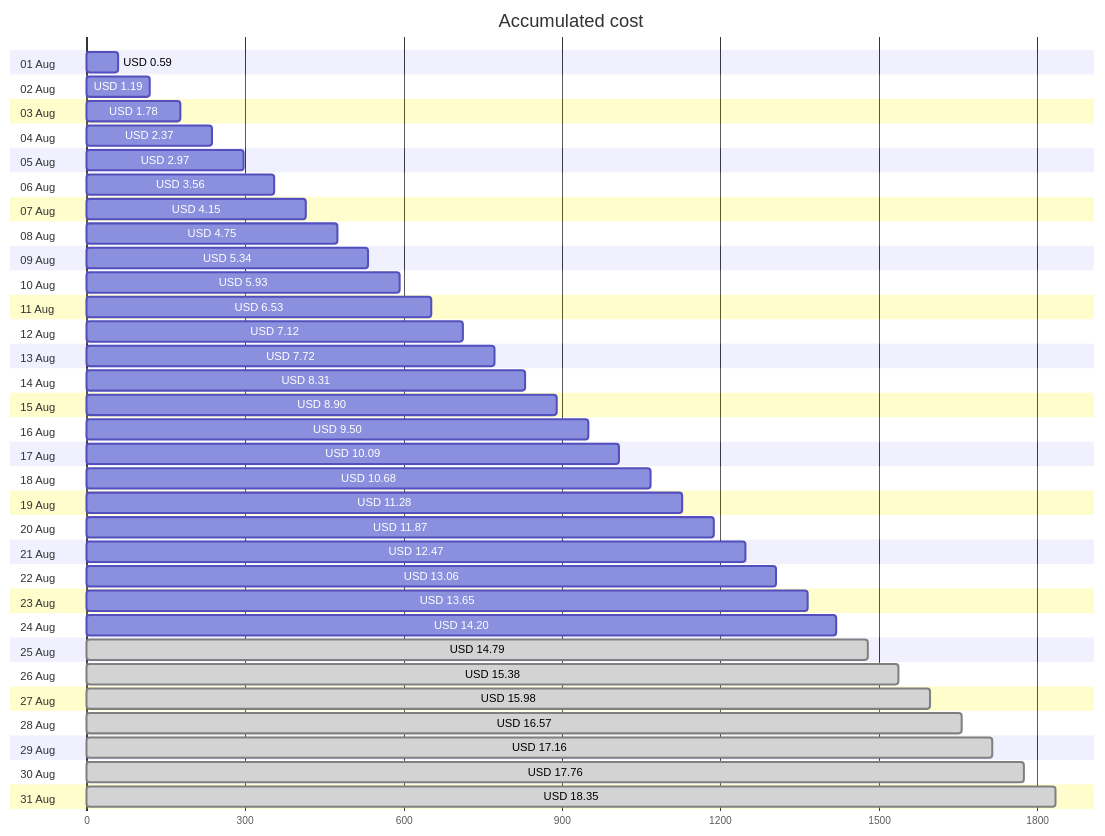
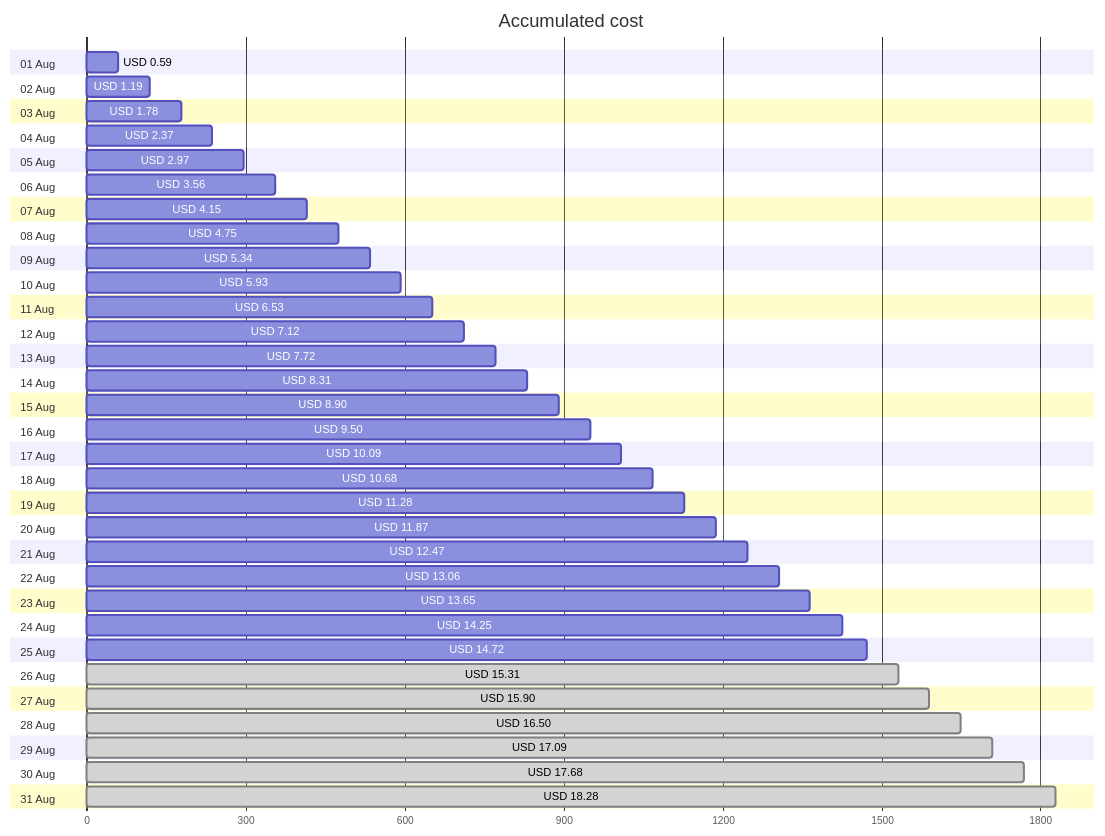
Before and after one commit to jpfulton/azure-personal-reports: the first of 4 diagrams in cost-reports/personal-site/README.md, drawn with Mermaid. The commit also changed other lines of this file and 6 other files, not shown here.

````diff
--- a/cost-reports/personal-site/README.md
+++ b/cost-reports/personal-site/README.md
@@ -20,68 +20,68 @@
 ```mermaid
 gantt
    title Accumulated cost
    dateFormat  X
    axisFormat %s
    section 01 Aug
    USD 0.59 :0, 59
    section 02 Aug
    USD 1.19 :0, 119
    section 03 Aug
    USD 1.78 :0, 178
    section 04 Aug
    USD 2.37 :0, 237
    section 05 Aug
    USD 2.97 :0, 297
    section 06 Aug
    USD 3.56 :0, 356
    section 07 Aug
    USD 4.15 :0, 415
    section 08 Aug
    USD 4.75 :0, 475
    section 09 Aug
    USD 5.34 :0, 534
    section 10 Aug
    USD 5.93 :0, 593
    section 11 Aug
    USD 6.53 :0, 653
    section 12 Aug
    USD 7.12 :0, 712
    section 13 Aug
    USD 7.72 :0, 772
    section 14 Aug
    USD 8.31 :0, 831
    section 15 Aug
    USD 8.90 :0, 890
    section 16 Aug
    USD 9.50 :0, 950
    section 17 Aug
    USD 10.09 :0, 1009
    section 18 Aug
    USD 10.68 :0, 1068
    section 19 Aug
    USD 11.28 :0, 1128
    section 20 Aug
    USD 11.87 :0, 1187
    section 21 Aug
    USD 12.47 :0, 1247
    section 22 Aug
    USD 13.06 :0, 1306
    section 23 Aug
    USD 13.65 :0, 1365
    section 24 Aug
-   USD 14.20 :0, 1420
+   USD 14.25 :0, 1425
    section 25 Aug
-   USD 14.79 : done, 0, 1479
+   USD 14.72 :0, 1472
    section 26 Aug
-   USD 15.38 : done, 0, 1538
+   USD 15.31 : done, 0, 1531
    section 27 Aug
-   USD 15.98 : done, 0, 1598
+   USD 15.90 : done, 0, 1590
    section 28 Aug
-   USD 16.57 : done, 0, 1657
+   USD 16.50 : done, 0, 1650
    section 29 Aug
-   USD 17.16 : done, 0, 1716
+   USD 17.09 : done, 0, 1709
    section 30 Aug
-   USD 17.76 : done, 0, 1776
+   USD 17.68 : done, 0, 1768
    section 31 Aug
-   USD 18.35 : done, 0, 1835
+   USD 18.28 : done, 0, 1828
 ```
````
